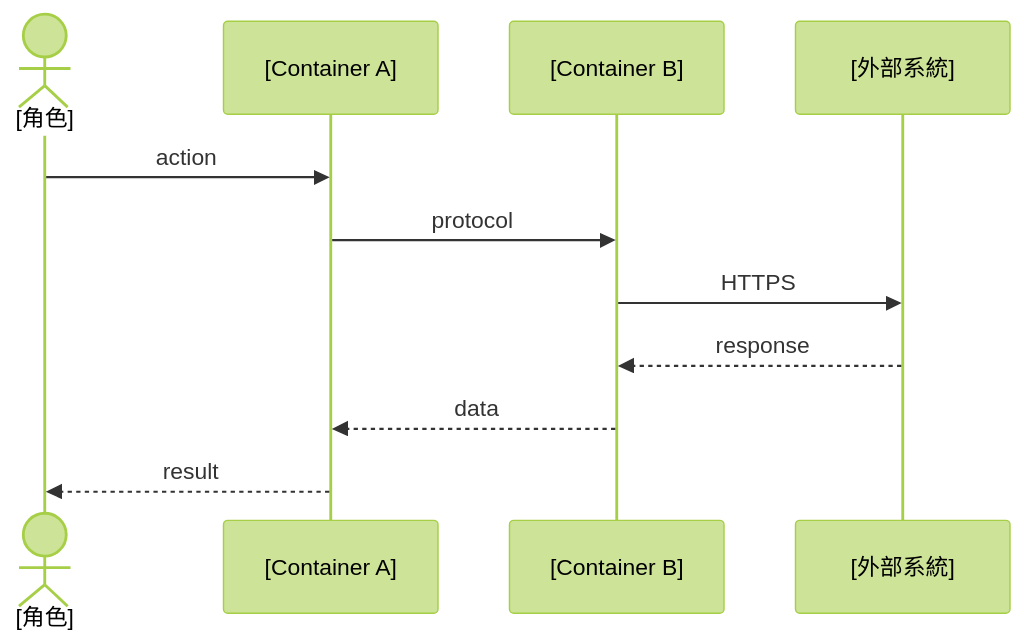
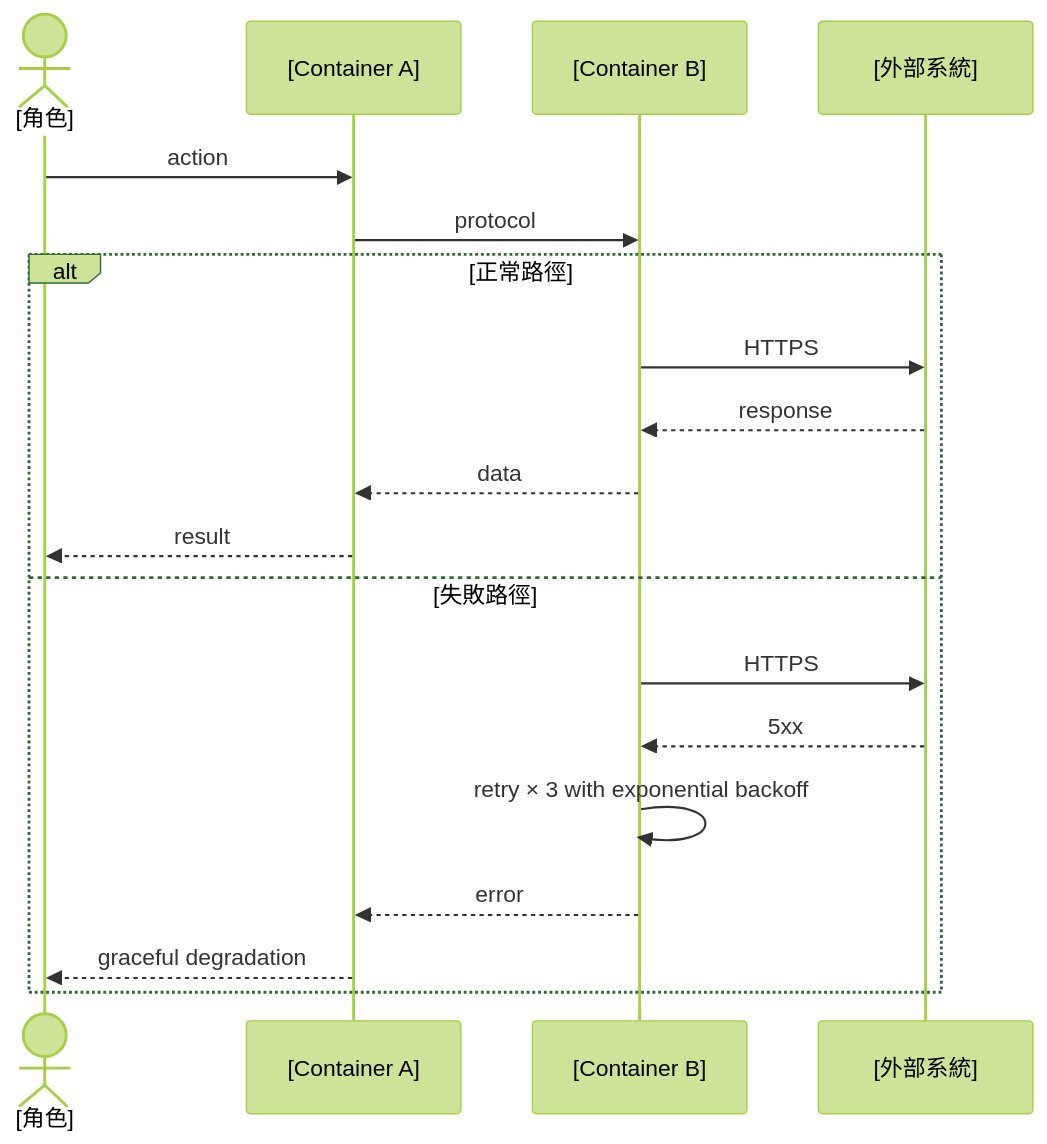
One commit to Zenobia000/Quantitative_Trading changed the fifth of 7 diagrams in VibeCoding_Workflow_Templates/05_architecture_and_design_document.md. Above: the diagram before and after it, drawn with Mermaid (forest theme). The commit also changed other lines of this file and 2 other files, not shown here.

First line of the commit message:
docs(VibeCoding): upgrade template 05 to v3.0 — modern architecture dimensions

````diff
--- a/VibeCoding_Workflow_Templates/05_architecture_and_design_document.md
+++ b/VibeCoding_Workflow_Templates/05_architecture_and_design_document.md
@@ -336,14 +430,22 @@
 ```mermaid
 sequenceDiagram
     actor User as [角色]
     participant A as [Container A]
     participant B as [Container B]
     participant Ext as [外部系統]
 
     User->>A: action
     A->>B: protocol
-    B->>Ext: HTTPS
-    Ext-->>B: response
-    B-->>A: data
-    A-->>User: result
+    alt 正常路徑
+        B->>Ext: HTTPS
+        Ext-->>B: response
+        B-->>A: data
+        A-->>User: result
+    else 失敗路徑
+        B->>Ext: HTTPS
+        Ext-->>B: 5xx
+        B->>B: retry × 3 with exponential backoff
+        B-->>A: error
+        A-->>User: graceful degradation
+    end
 ```
````
